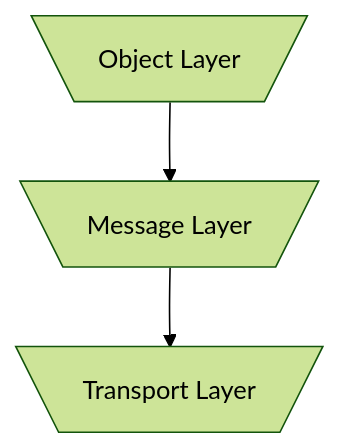
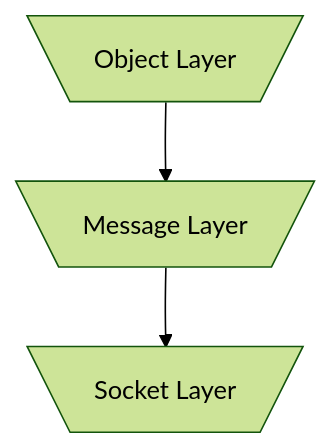
One commit to MirageNet/Mirage changed the first of 2 diagrams in doc/Articles/General/index.md. Above: the diagram before and after it, drawn with Mermaid (forest theme). The commit also changed other lines of this file, not shown here.

```diff
--- a/doc/Articles/General/index.md
+++ b/doc/Articles/General/index.md
@@ -11,6 +11,6 @@
 <div class="mermaid">
 graph TD
     Obj[\Object Layer/] --> Msg
-    Msg[\Message Layer/] --> Transport
-    Transport[\Transport Layer/]
+    Msg[\Message Layer/] --> Socket
+    Socket[\Socket Layer/]
 </div>
```
